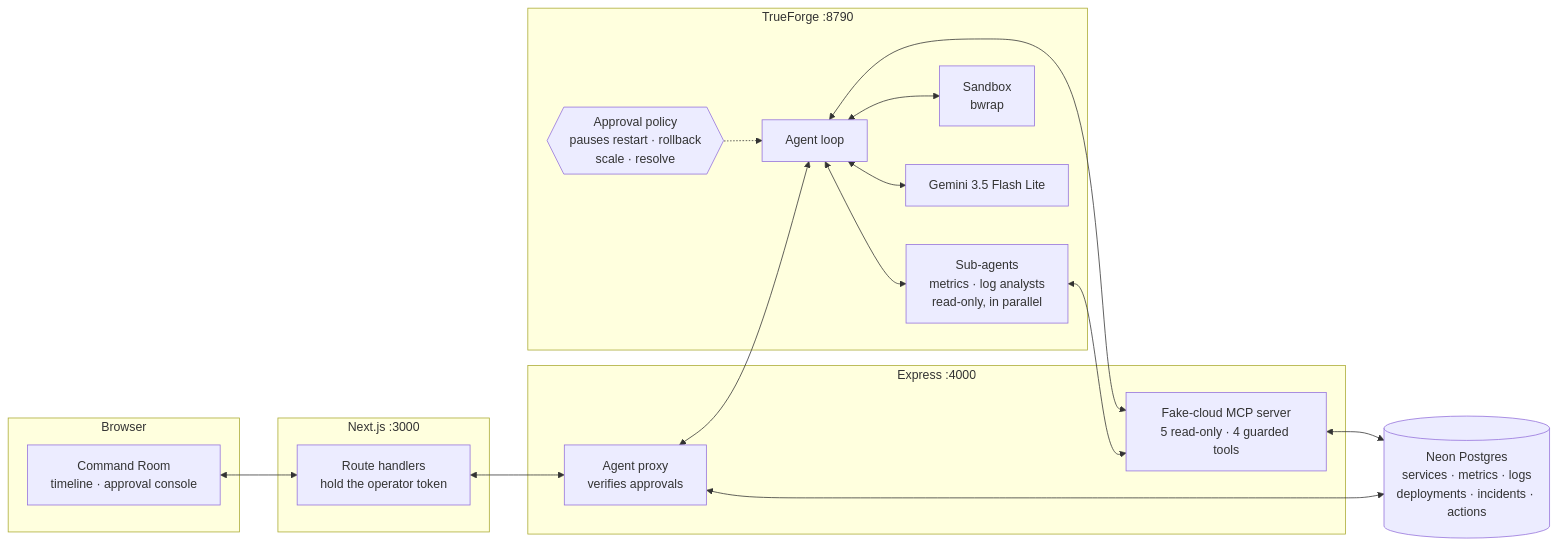
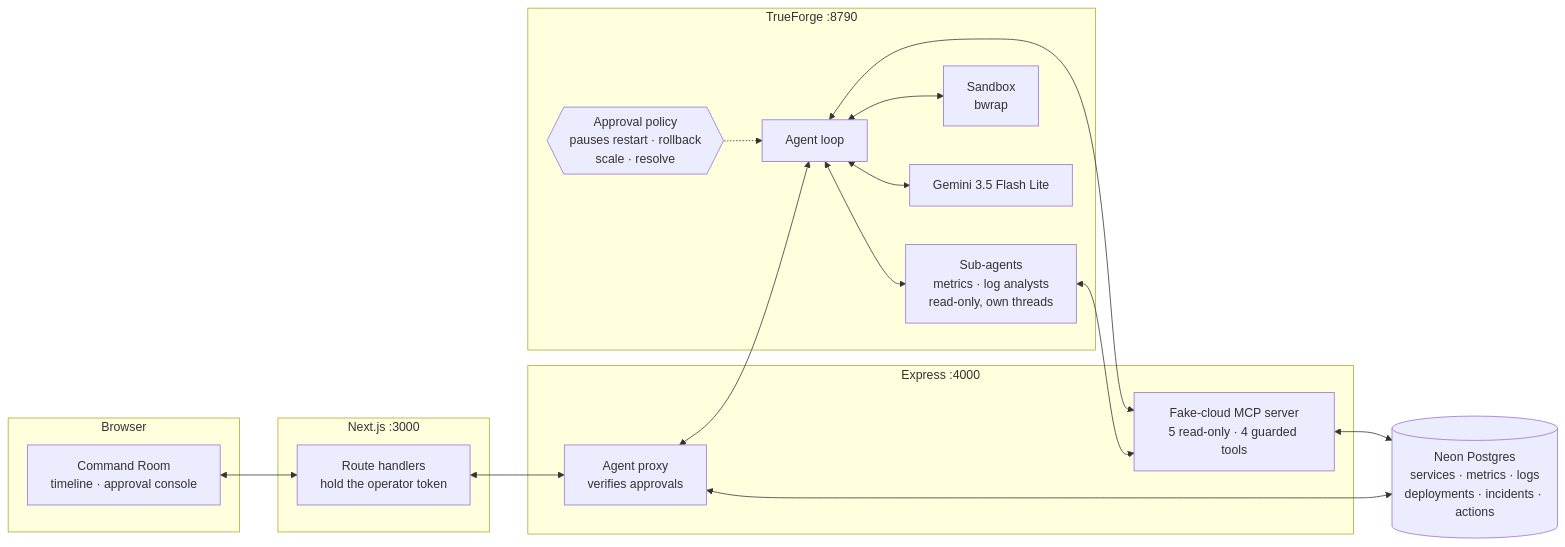
The first of 2 diagrams in README.md (Anamiiikka/Mayday), drawn with Mermaid before and after one commit. The commit also changed other lines of this file and 2 other files, not shown here.

````diff
--- a/README.md
+++ b/README.md
@@ -78,37 +78,37 @@
 ```mermaid
 flowchart LR
     subgraph browser["Browser"]
         UI["Command Room<br/>timeline · approval console"]
     end
 
     subgraph next["Next.js :3000"]
         RH["Route handlers<br/>hold the operator token"]
     end
 
     subgraph api["Express :4000"]
         PROXY["Agent proxy<br/>verifies approvals"]
         MCP["Fake-cloud MCP server<br/>5 read-only · 4 guarded tools"]
     end
 
     subgraph tf["TrueForge :8790"]
         GATE{{"Approval policy<br/>pauses restart · rollback<br/>scale · resolve"}}
         LOOP["Agent loop"]
-        SUBS["Sub-agents<br/>metrics · log analysts<br/>read-only, in parallel"]
+        SUBS["Sub-agents<br/>metrics · log analysts<br/>read-only, own threads"]
         SB["Sandbox<br/>bwrap"]
         LLM["Gemini 3.5 Flash Lite"]
     end
 
     DB[("Neon Postgres<br/>services · metrics · logs<br/>deployments · incidents · actions")]
 
     UI <--> RH
     RH <--> PROXY
     PROXY <--> LOOP
     GATE -.-> LOOP
     LOOP <--> SUBS
     LOOP <--> SB
     LOOP <--> LLM
     LOOP <--> MCP
     SUBS <--> MCP
     MCP <--> DB
     PROXY <--> DB
 ```
````
